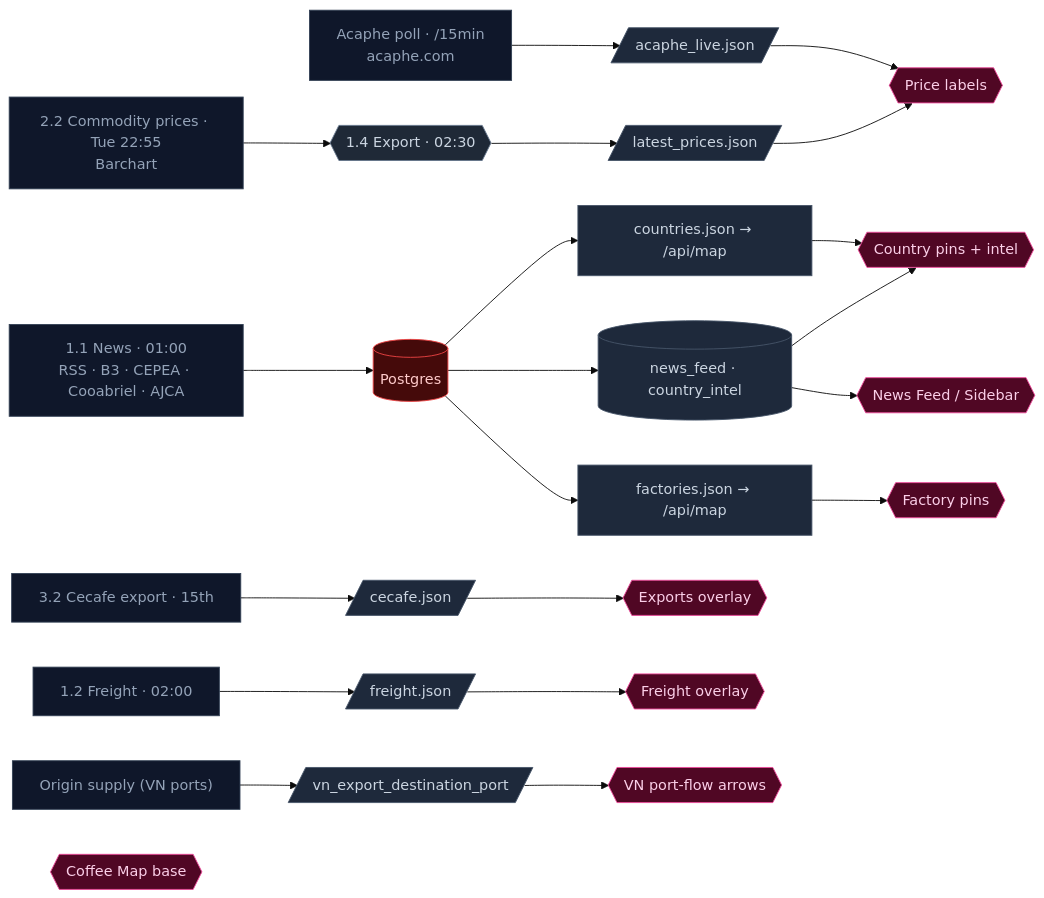
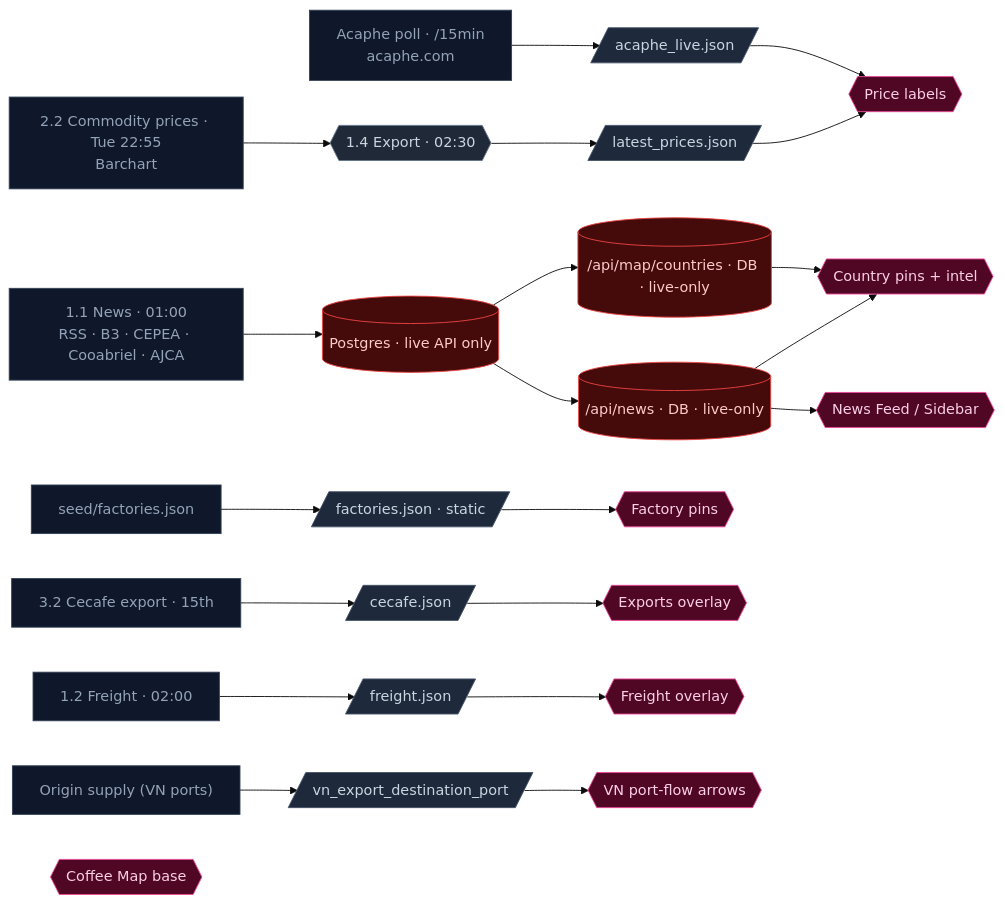
Before and after one commit to loicscanu-ctrl/Coffee-intel-map: the eighth of 9 diagrams in docs/DATA_PLATFORM_MAP.md, drawn with Mermaid (base theme). The commit also changed other lines of this file and 12 other files, not shown here.

````diff
--- a/docs/DATA_PLATFORM_MAP.md
+++ b/docs/DATA_PLATFORM_MAP.md
@@ -484,48 +488,50 @@
 ```mermaid
 flowchart LR
   W22["2.2 Commodity prices · Tue 22:55<br/>Barchart"]
   WPOLL["Acaphe poll · /15min<br/>acaphe.com"]
   W11["1.1 News · 01:00<br/>RSS · B3 · CEPEA · Cooabriel · AJCA"]
   W32["3.2 Cecafe export · 15th"]
   W12["1.2 Freight · 02:00"]
   WCNTRY["Origin supply (VN ports)"]
-  DB[(Postgres)]
+  DB[(Postgres · live API only)]
   EXP{{"1.4 Export · 02:30"}}
+  SEED["seed/factories.json"]
   J_lp[/latest_prices.json/]
   J_aca[/acaphe_live.json/]
-  J_news[(news_feed · country_intel)]
-  J_ctry["countries.json → /api/map"]
-  J_fact["factories.json → /api/map"]
+  J_news[("/api/news · DB · live-only")]
+  J_ctry[("/api/map/countries · DB · live-only")]
+  J_fact[/factories.json · static/]
   J_cec[/cecafe.json/]
   J_fr[/freight.json/]
   J_vnx[/vn_export_destination_port/]
   base{{Coffee Map base}}
   price{{Price labels}}
   country{{Country pins + intel}}
   factory{{Factory pins}}
   exports{{Exports overlay}}
   freight{{Freight overlay}}
   vnport{{VN port-flow arrows}}
   news{{News Feed / Sidebar}}
   W22 --> EXP --> J_lp --> price
   WPOLL --> J_aca --> price
-  W11 --> DB --> J_news
+  W11 --> DB
+  DB --> J_news
   J_news --> country
   J_news --> news
   DB --> J_ctry --> country
-  DB --> J_fact --> factory
+  SEED --> J_fact --> factory
   W32 --> J_cec --> exports
   W12 --> J_fr --> freight
   WCNTRY --> J_vnx --> vnport
 
   classDef scr fill:#0f172a,stroke:#334155,color:#94a3b8;
   classDef store fill:#450a0a,stroke:#ef4444,color:#fecaca;
   classDef proc fill:#1f2937,stroke:#64748b,color:#cbd5e1;
   classDef json fill:#1e293b,stroke:#475569,color:#cbd5e1;
   classDef vis fill:#500724,stroke:#ec4899,color:#fbcfe8;
-  class W22,WPOLL,W11,W32,W12,WCNTRY scr;
-  class DB store;
+  class W22,WPOLL,W11,W32,W12,WCNTRY,SEED scr;
+  class DB,J_news,J_ctry store;
   class EXP proc;
-  class J_lp,J_aca,J_news,J_ctry,J_fact,J_cec,J_fr,J_vnx json;
+  class J_lp,J_aca,J_fact,J_cec,J_fr,J_vnx json;
   class base,price,country,factory,exports,freight,vnport,news vis;
 ```
````
